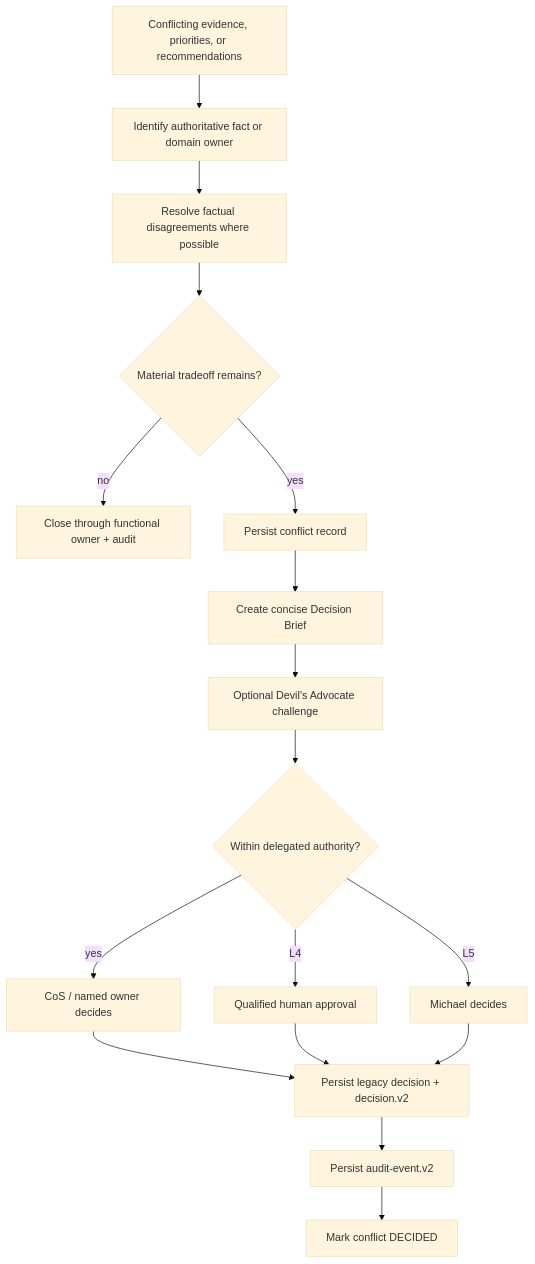
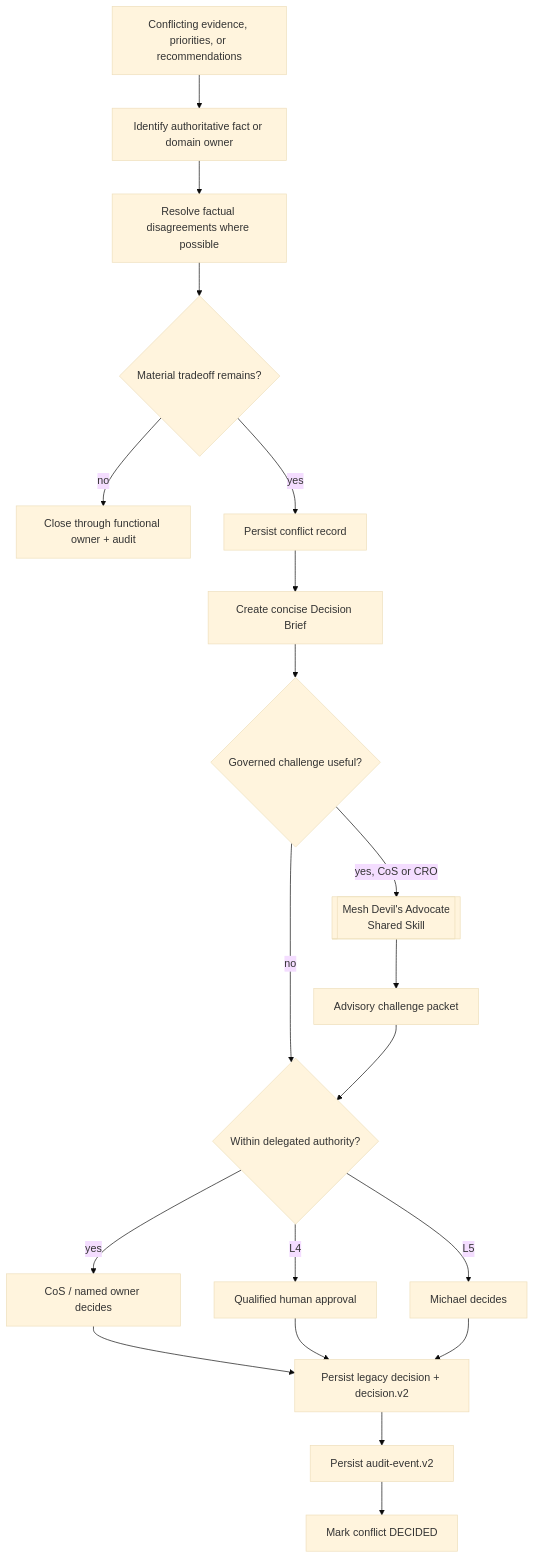
Before and after one commit to mkleinbe/mesh-ai-agent-cos-universe: the diagram in docs/conflict-resolution.md, drawn with Mermaid (base theme). The commit also changed other lines of this file, not shown here.

Commit message:
docs: reconcile conflict resolution to shared advisory challenge

````diff
--- a/docs/conflict-resolution.md
+++ b/docs/conflict-resolution.md
@@ -22,19 +22,22 @@
 ```mermaid
 flowchart TB
     C[Conflicting evidence, priorities, or recommendations] --> A[Identify authoritative fact or domain owner]
     A --> F[Resolve factual disagreements where possible]
     F --> T{Material tradeoff remains?}
     T -->|no| CLOSE[Close through functional owner + audit]
     T -->|yes| CR[Persist conflict record]
     CR --> B[Create concise Decision Brief]
-    B --> DA[Optional Devil's Advocate challenge]
-    DA --> AUTH{Within delegated authority?}
+    B --> Q{Governed challenge useful?}
+    Q -->|no| AUTH{Within delegated authority?}
+    Q -->|yes, CoS or CRO| DA[[Mesh Devil's Advocate\nShared Skill]]
+    DA --> PACKET[Advisory challenge packet]
+    PACKET --> AUTH
     AUTH -->|yes| CD[CoS / named owner decides]
     AUTH -->|L4| H[Qualified human approval]
     AUTH -->|L5| M[Michael decides]
     CD --> DR[Persist legacy decision + decision.v2]
     H --> DR
     M --> DR
     DR --> EVT[Persist audit-event.v2]
     EVT --> RES[Mark conflict DECIDED]
 ```
````
